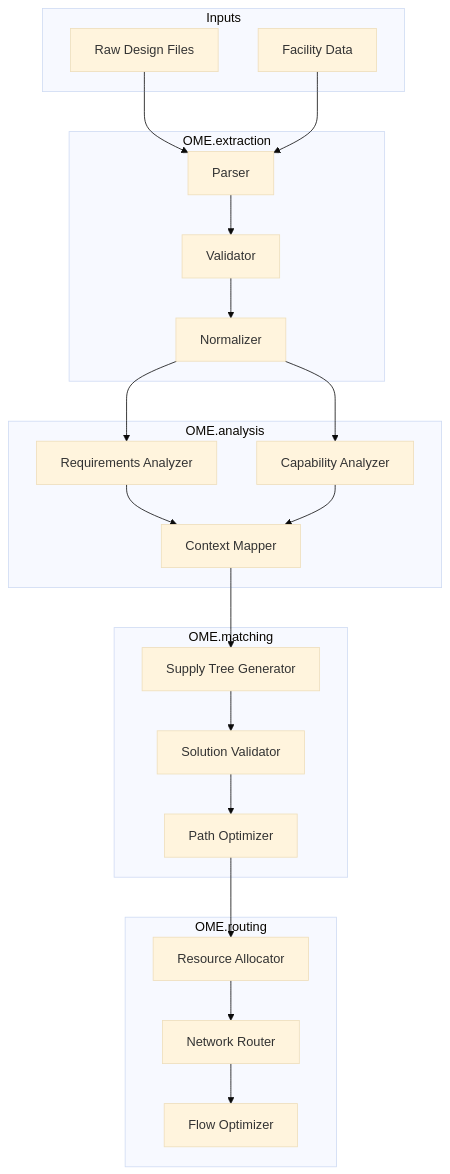
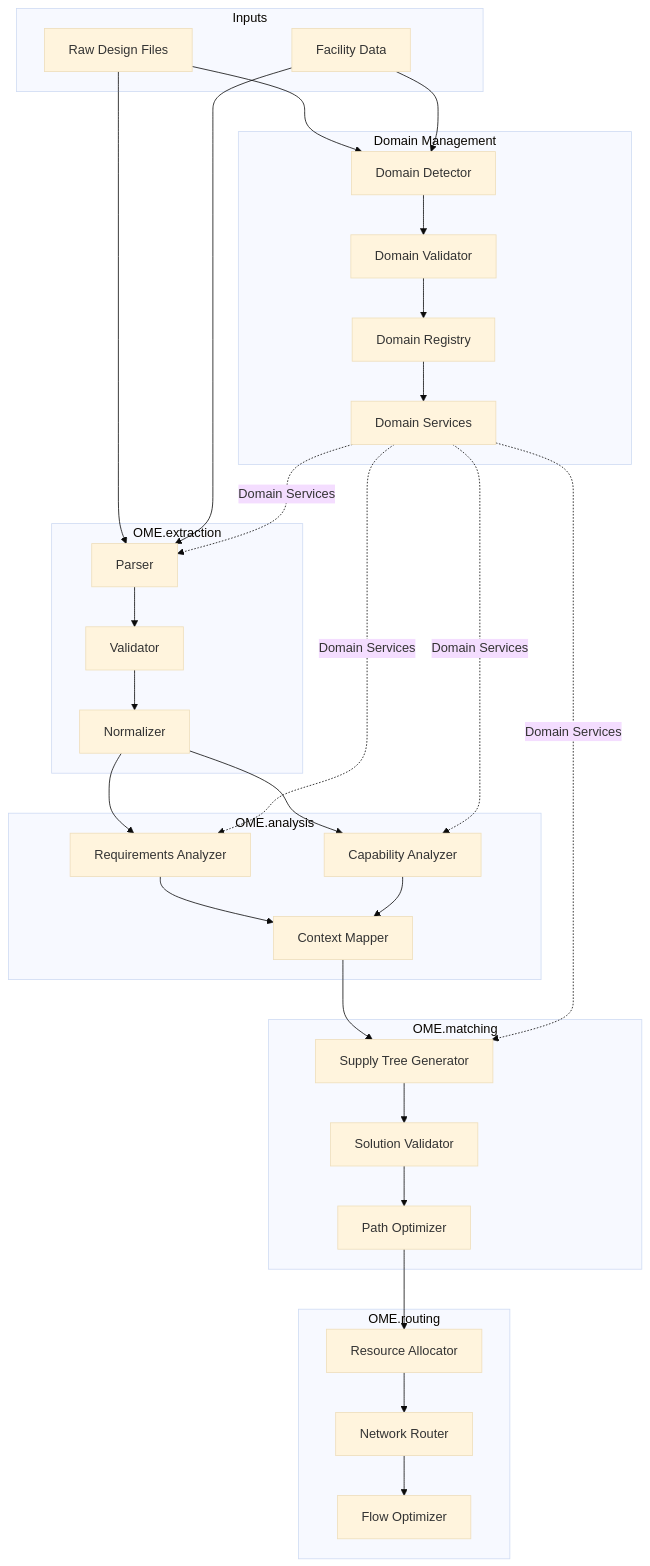
Before and after one commit to helpfulengineering/supply-graph-ai: the diagram in docs/architecture/index.md, drawn with Mermaid (base theme). The commit also changed other lines of this file and 16 other files, not shown here.

````diff
--- a/docs/architecture/index.md
+++ b/docs/architecture/index.md
@@ -168,49 +213,66 @@
 ```mermaid
 graph TD
     subgraph Inputs
         I1[Raw Design Files]
         I2[Facility Data]
+    end
+
+    subgraph "Domain Management"
+        DM1[Domain Registry]
+        DM2[Domain Detector]
+        DM3[Domain Validator]
+        DM4[Domain Services]
     end
 
     subgraph "OME.extraction"
         E1[Parser]
         E2[Validator]
         E3[Normalizer]
     end
 
     subgraph "OME.analysis"
         A1[Requirements Analyzer]
         A2[Capability Analyzer]
         A3[Context Mapper]
     end
 
     subgraph "OME.matching"
         M1[Supply Tree Generator]
         M2[Solution Validator]
         M3[Path Optimizer]
     end
 
     subgraph "OME.routing"
         R1[Resource Allocator]
         R2[Network Router]
         R3[Flow Optimizer]
     end
 
+    I1 --> DM2
+    I2 --> DM2
+    DM2 --> DM3
+    DM3 --> DM1
+    DM1 --> DM4
+
     I1 --> E1
     I2 --> E1
+    DM4 -.->|Domain Services| E1
     E1 --> E2
     E2 --> E3
 
     E3 --> A1
     E3 --> A2
+    DM4 -.->|Domain Services| A1
+    DM4 -.->|Domain Services| A2
     A1 --> A3
     A2 --> A3
 
     A3 --> M1
+    DM4 -.->|Domain Services| M1
     M1 --> M2
     M2 --> M3
 
     M3 --> R1
     R1 --> R2
     R2 --> R3
 ```
````
